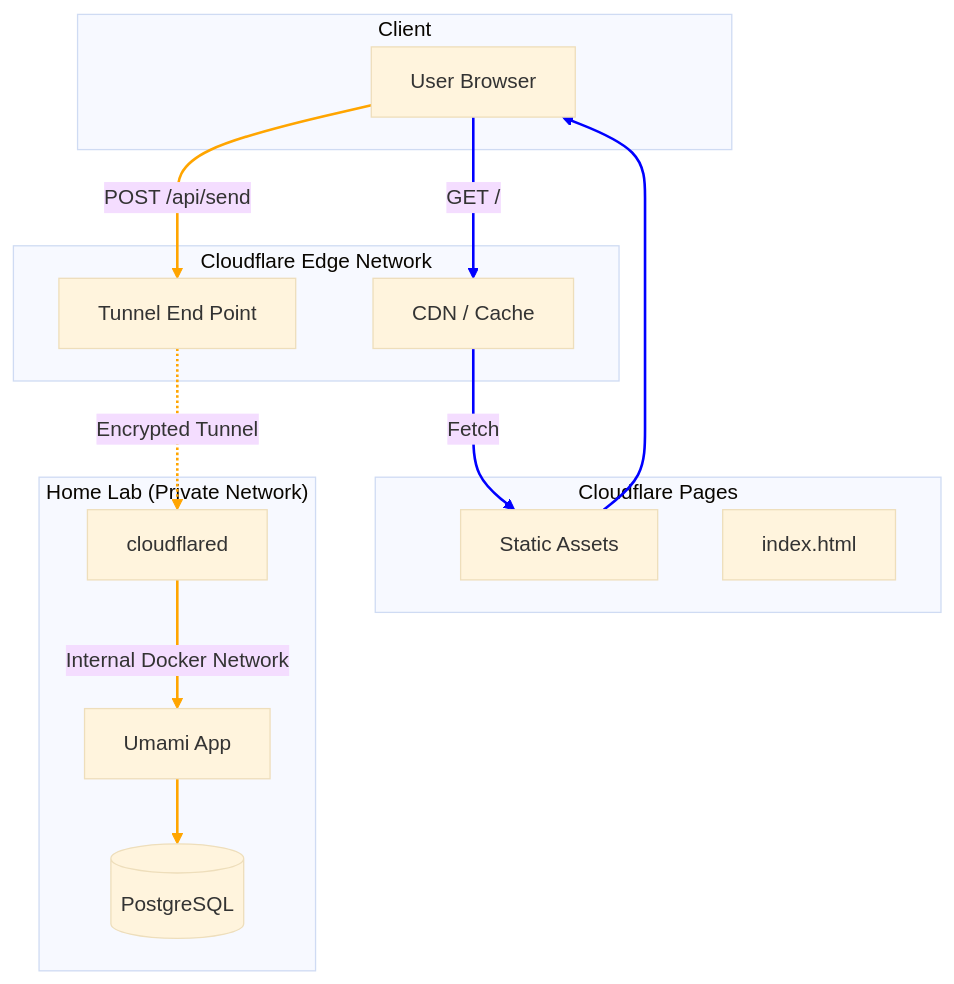
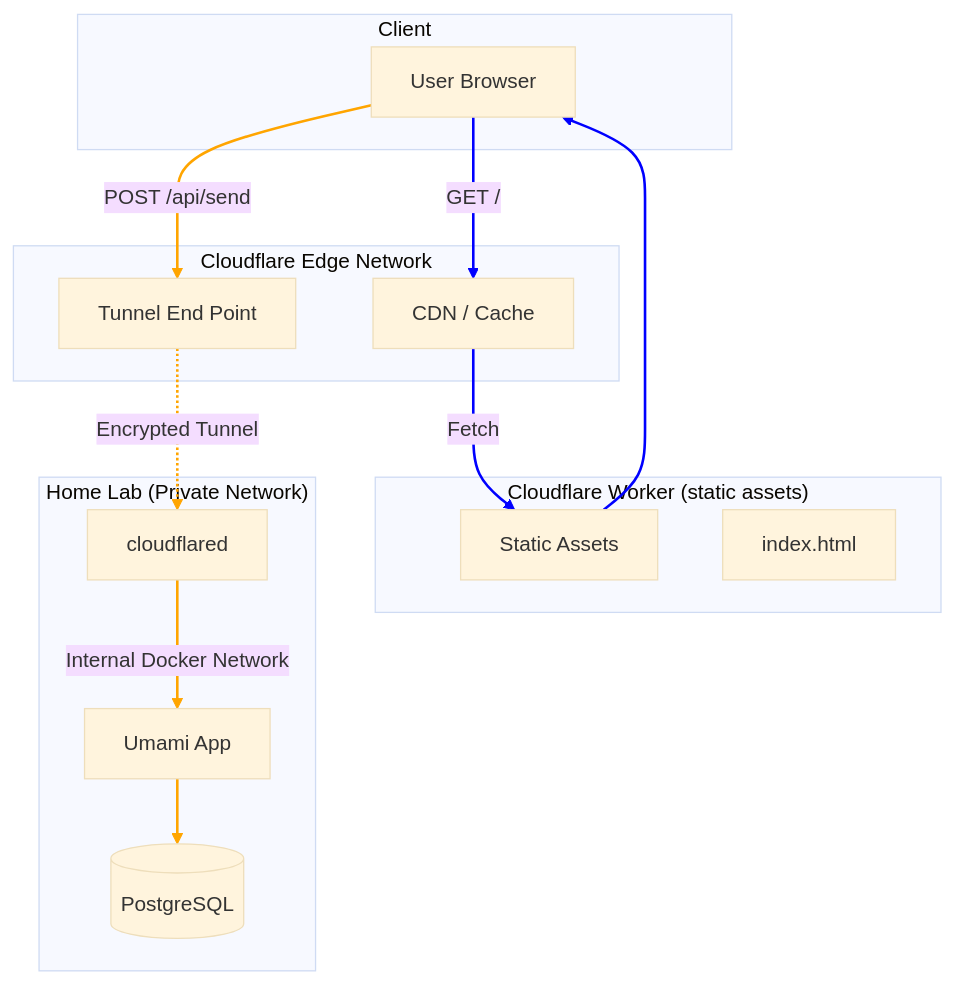
One commit to sgama/sg changed the diagram in content/posts/2024-06-05-self-hosted-analytics/index.md. Above: the diagram before and after it, drawn with Mermaid (base theme). The commit also changed other lines of this file and 4 other files, not shown here.

```diff
--- a/content/posts/2024-06-05-self-hosted-analytics/index.md
+++ b/content/posts/2024-06-05-self-hosted-analytics/index.md
@@ -24,36 +24,36 @@
 {{< mermaid >}}
 flowchart TD
 subgraph Client
     Browser[User Browser]
 end
 
 subgraph "Cloudflare Edge Network"
     CDN[CDN / Cache]
     TunnelEntry[Tunnel End Point]
 end
 
-subgraph "Cloudflare Pages"
+subgraph "Cloudflare Worker (static assets)"
     Static[Static Assets]
     HTML[index.html]
 end
 
 subgraph "Home Lab (Private Network)"
     Cloudflared[cloudflared]
     Umami[Umami App]
     DB[(PostgreSQL)]
 end
 
 %% Flow 1: Static Content
 Browser -- "GET /" --> CDN
 CDN -- "Fetch" --> Static
 Static --> Browser
 
 %% Flow 2: Analytics Data
 Browser -- "POST /api/send" --> TunnelEntry
 TunnelEntry -. "Encrypted Tunnel" .-> Cloudflared
 Cloudflared -- "Internal Docker Network" --> Umami
 Umami --> DB
 
 linkStyle 0,1,2 stroke:blue,stroke-width:2px;
 linkStyle 3,4,5,6 stroke:orange,stroke-width:2px;
 {{< /mermaid >}}
```
